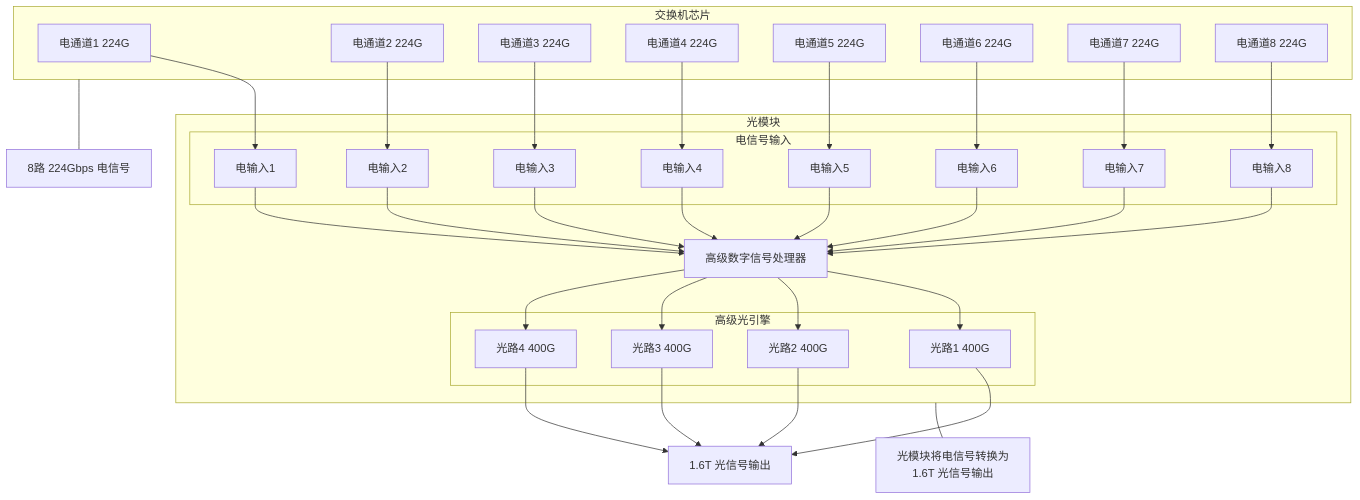
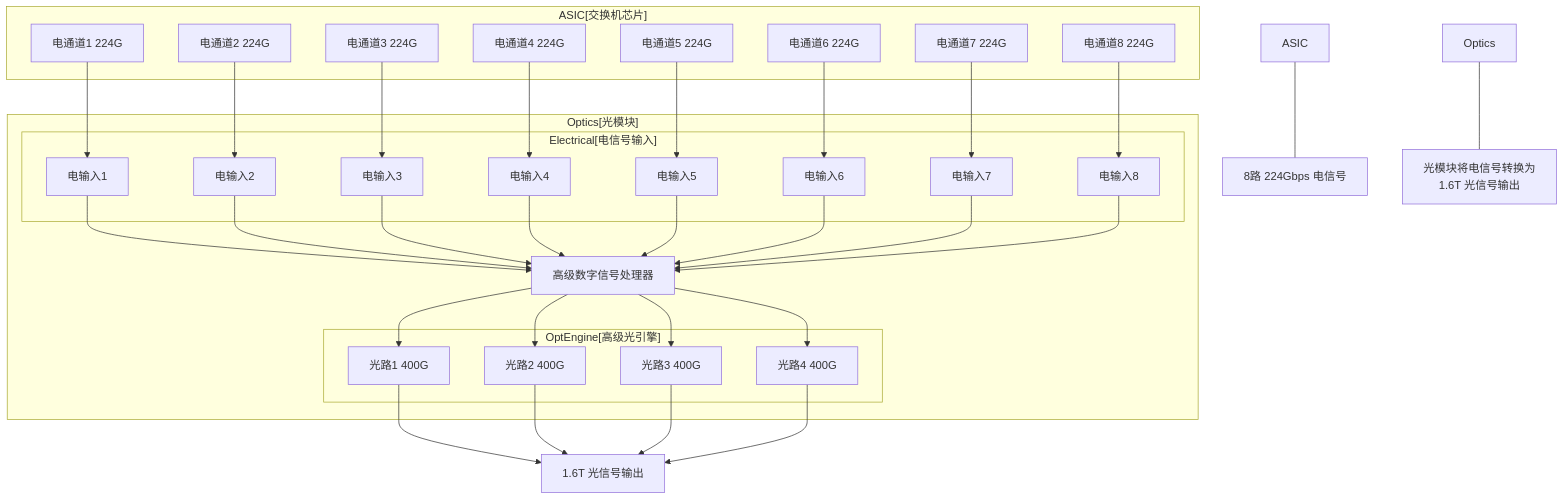
The third of 4 diagrams in output/Data_Center_Ethernet_Technology_and_Evolution_to_224_Gbps/03_下一代以太网速率__112_224_gbps_每通道__.md (jueshi/PocketFlow-Tutorial-Codebase-Knowledge), drawn with Mermaid before and after one commit. The commit also changed other lines of this file and 282 other files, not shown here.

````diff
--- a/output/Data_Center_Ethernet_Technology_and_Evolution_to_224_Gbps/03_下一代以太网速率__112_224_gbps_每通道__.md
+++ b/output/Data_Center_Ethernet_Technology_and_Evolution_to_224_Gbps/03_下一代以太网速率__112_224_gbps_每通道__.md
@@ -194,70 +192,70 @@
 ```mermaid
 graph TD
-    subgraph ASIC[交换机芯片]
+    subgraph "ASIC[交换机芯片]"
         F_E1[电通道1 224G]
         F_E2[电通道2 224G]
         F_E3[电通道3 224G]
         F_E4[电通道4 224G]
         F_E5[电通道5 224G]
         F_E6[电通道6 224G]
         F_E7[电通道7 224G]
         F_E8[电通道8 224G]
     end
 
-    subgraph Optics[光模块]
-        subgraph Electrical[电信号输入]
+    subgraph "Optics[光模块]"
+        subgraph "Electrical[电信号输入]"
             F_O_E1[电输入1]
             F_O_E2[电输入2]
             F_O_E3[电输入3]
             F_O_E4[电输入4]
             F_O_E5[电输入5]
             F_O_E6[电输入6]
             F_O_E7[电输入7]
             F_O_E8[电输入8]
         end
 
         F_DSP[高级数字信号处理器]
 
-        subgraph OptEngine[高级光引擎]
+        subgraph "OptEngine[高级光引擎]"
             F_Opt1[光路1 400G]
             F_Opt2[光路2 400G]
             F_Opt3[光路3 400G]
             F_Opt4[光路4 400G]
         end
     end
 
     F_E1 --> F_O_E1
     F_E2 --> F_O_E2
     F_E3 --> F_O_E3
     F_E4 --> F_O_E4
     F_E5 --> F_O_E5
     F_E6 --> F_O_E6
     F_E7 --> F_O_E7
     F_E8 --> F_O_E8
 
     F_O_E1 --> F_DSP
     F_O_E2 --> F_DSP
     F_O_E3 --> F_DSP
     F_O_E4 --> F_DSP
     F_O_E5 --> F_DSP
     F_O_E6 --> F_DSP
     F_O_E7 --> F_DSP
     F_O_E8 --> F_DSP
 
     F_DSP --> F_Opt1
     F_DSP --> F_Opt2
     F_DSP --> F_Opt3
     F_DSP --> F_Opt4
 
     F_Opt1 --> Output[1.6T 光信号输出]
     F_Opt2 --> Output
     F_Opt3 --> Output
     F_Opt4 --> Output
 
     ASIC_Note[8路 224Gbps 电信号]
     Optics_Note[光模块将电信号转换为<br>1.6T 光信号输出]
     
     ASIC --- ASIC_Note
     Optics --- Optics_Note
  
 ```
````
